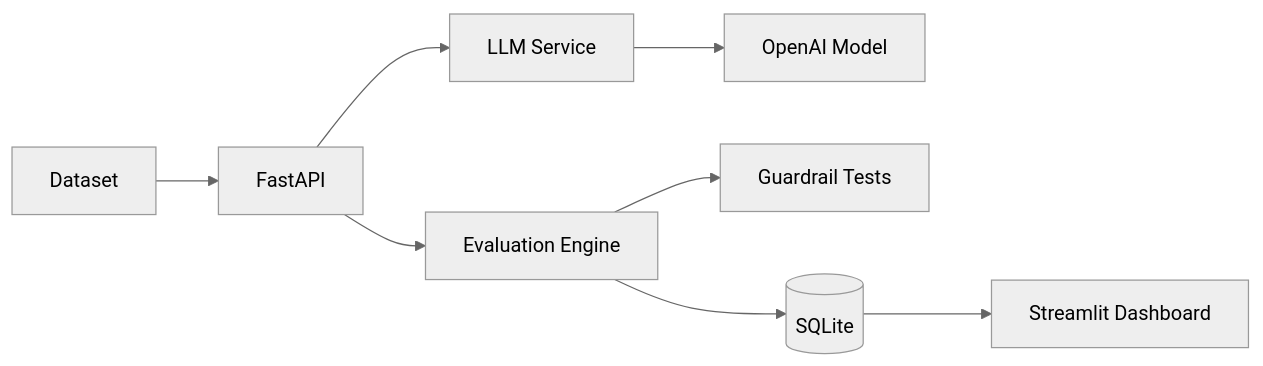
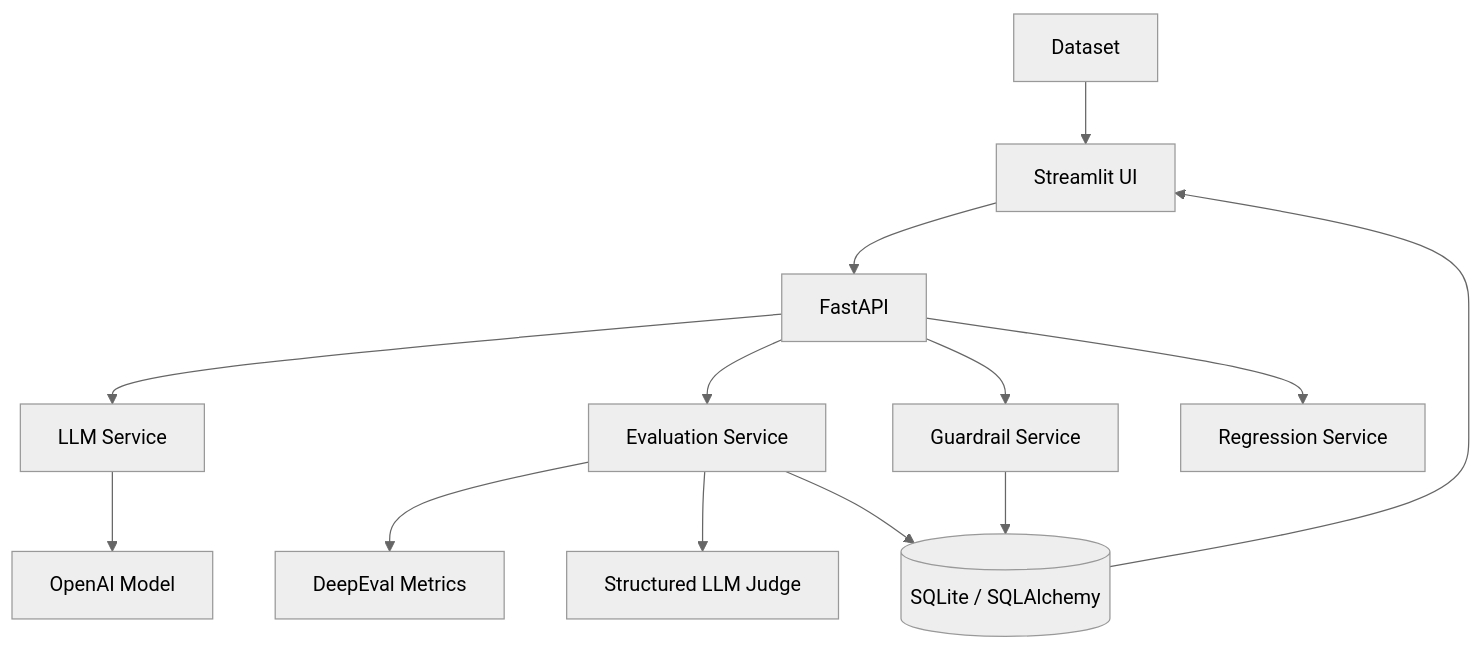
One commit to ShreyasGaikwad-04/LLM-Evals-and-Guardrails changed the diagram in README.md. Above: the diagram before and after it, drawn with Mermaid (neutral theme). The commit also changed other lines of this file and 17 other files, not shown here.

````diff
--- a/README.md
+++ b/README.md
@@ -19,10 +20,15 @@
 ```mermaid
-flowchart LR
-    Dataset --> API[FastAPI]
+flowchart TD
+    Dataset --> UI[Streamlit UI]
+    UI --> API[FastAPI]
     API --> LLM[LLM Service]
     LLM --> Model[OpenAI Model]
-    API --> Engine[Evaluation Engine]
-    Engine --> Guardrails[Guardrail Tests]
-    Engine --> DB[(SQLite)]
-    DB --> Dashboard[Streamlit Dashboard]
+    API --> Eval[Evaluation Service]
+    Eval --> DeepEval[DeepEval Metrics]
+    Eval --> Judge[Structured LLM Judge]
+    API --> Guardrails[Guardrail Service]
+    API --> Regression[Regression Service]
+    Eval --> DB[(SQLite / SQLAlchemy)]
+    Guardrails --> DB
+    DB --> UI
 ```
````
